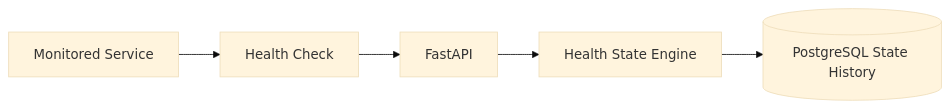
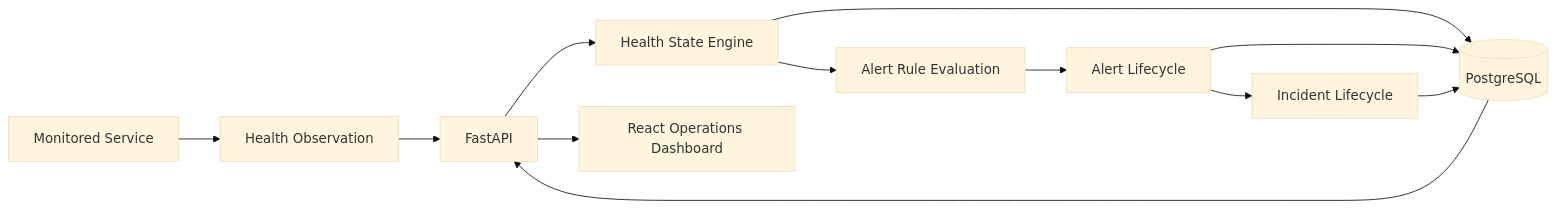
One commit to danishirfan21/SentinelOps changed the diagram in README.md. Above: the diagram before and after it, drawn with Mermaid (base theme). The commit also changed other lines of this file and 1 other file, not shown here.

````diff
--- a/README.md
+++ b/README.md
@@ -17,7 +21,26 @@
 ```mermaid
 flowchart LR
-    Service[Monitored Service] --> Check[Health Check]
-    Check --> API[FastAPI]
-    API --> Engine[Health State Engine]
-    Engine --> History[(PostgreSQL State History)]
+    Service[Monitored Service]
+    Check[Health Observation]
+    API[FastAPI]
+    Engine[Health State Engine]
+    Rules[Alert Rule Evaluation]
+    Alerts[Alert Lifecycle]
+    Incidents[Incident Lifecycle]
+    DB[(PostgreSQL)]
+    UI[React Operations Dashboard]
+
+    Service --> Check
+    Check --> API
+    API --> Engine
+    Engine --> Rules
+    Rules --> Alerts
+    Alerts --> Incidents
+
+    Engine --> DB
+    Alerts --> DB
+    Incidents --> DB
+
+    DB --> API
+    API --> UI
 ```
````
